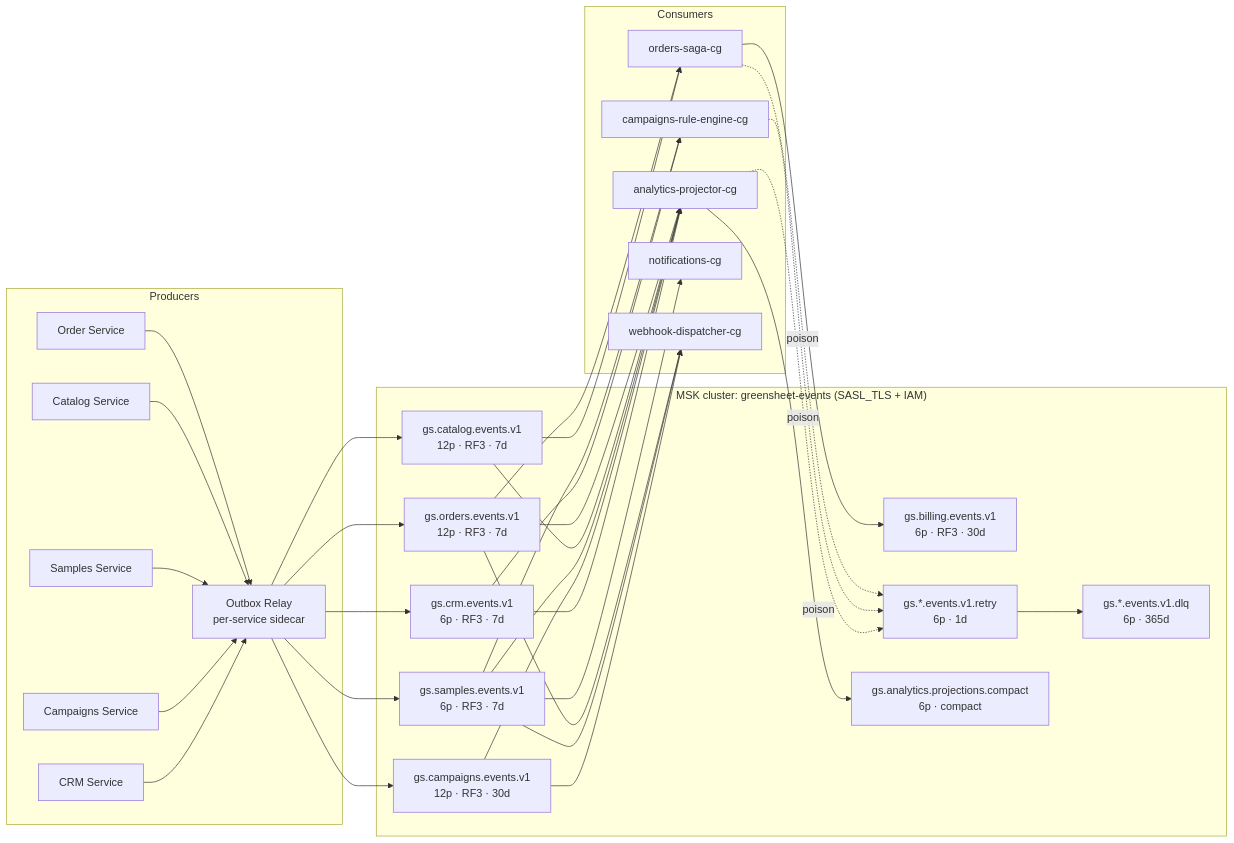
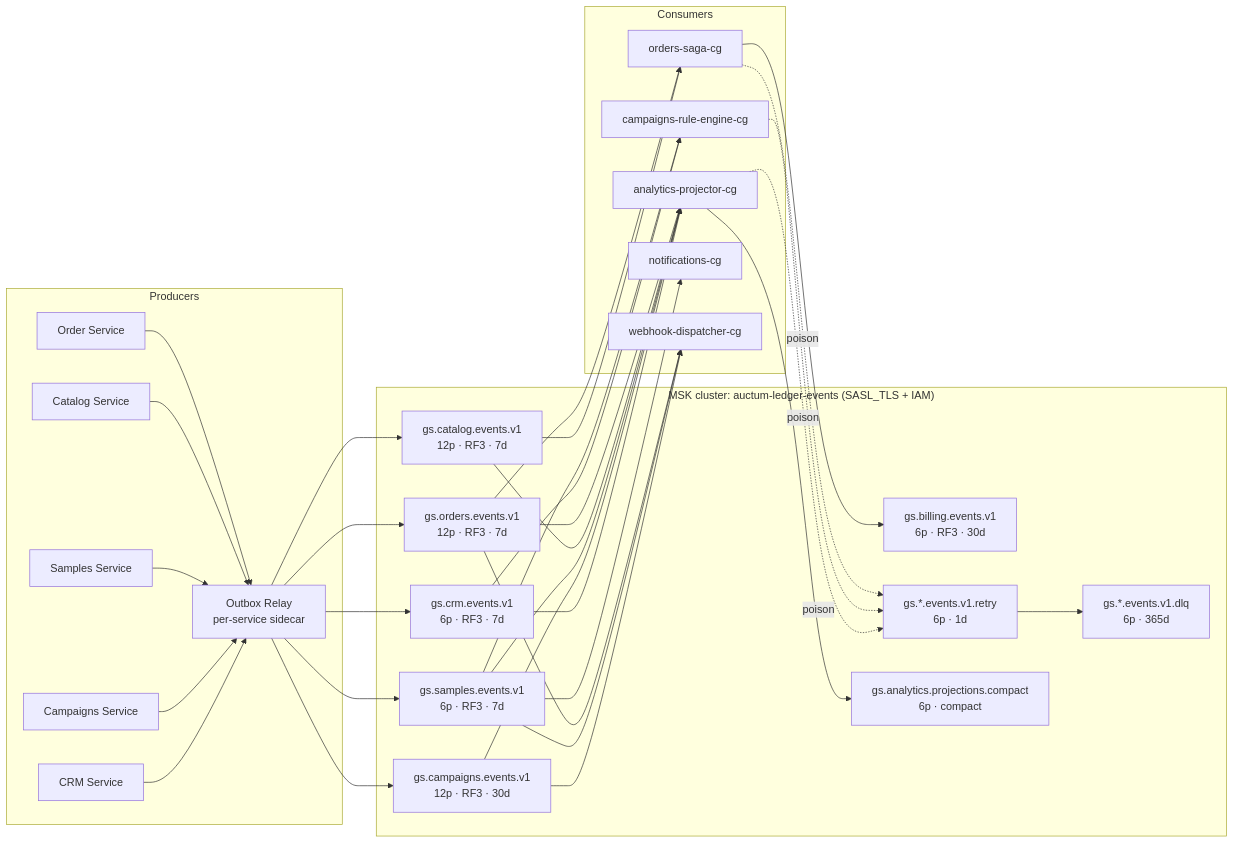
Before and after one commit to marcusdax/greensheet: the first of 2 diagrams in engineering/03-event-driven-pipeline.md, drawn with Mermaid. The commit also changed other lines of this file, not shown here.

Commit message:
rebrand: Auctum Ledger — event-driven pipeline, Kafka topology (engineering/03)

````diff
--- a/engineering/03-event-driven-pipeline.md
+++ b/engineering/03-event-driven-pipeline.md
@@ -23,42 +23,42 @@
 ```mermaid
 flowchart LR
     subgraph Producers
         OS[Order Service]
         CS[Catalog Service]
         SMS[Samples Service]
         CMS[Campaigns Service]
         CRMS[CRM Service]
         OUT[Outbox Relay<br/>per-service sidecar]
     end
 
-    subgraph MSK["MSK cluster: greensheet-events (SASL_TLS + IAM)"]
+    subgraph MSK["MSK cluster: auctum-ledger-events (SASL_TLS + IAM)"]
         T1["gs.orders.events.v1<br/>12p · RF3 · 7d"]
         T2["gs.catalog.events.v1<br/>12p · RF3 · 7d"]
         T3["gs.samples.events.v1<br/>6p · RF3 · 7d"]
         T4["gs.campaigns.events.v1<br/>12p · RF3 · 30d"]
         T5["gs.crm.events.v1<br/>6p · RF3 · 7d"]
         T6["gs.billing.events.v1<br/>6p · RF3 · 30d"]
         TR["gs.*.events.v1.retry<br/>6p · 1d"]
         TD["gs.*.events.v1.dlq<br/>6p · 365d"]
         TC["gs.analytics.projections.compact<br/>6p · compact"]
     end
 
     subgraph Consumers
         SAGA[orders-saga-cg]
         ENGN[campaigns-rule-engine-cg]
         ANLG[analytics-projector-cg]
         NTFC[notifications-cg]
         WH[webhook-dispatcher-cg]
     end
 
     OS & CS & SMS & CMS & CRMS --> OUT
     OUT --> T1 & T2 & T3 & T4 & T5
     T1 --> SAGA & ANLG & WH
     T2 --> SAGA & ANLG
     T3 --> ENGN & ANLG & NTFC & WH
     T4 --> ANLG & WH
     T5 --> ENGN & ANLG
     SAGA --> T6
     SAGA & ENGN & ANLG -. poison .-> TR --> TD
     ANLG --> TC
 ```
````
